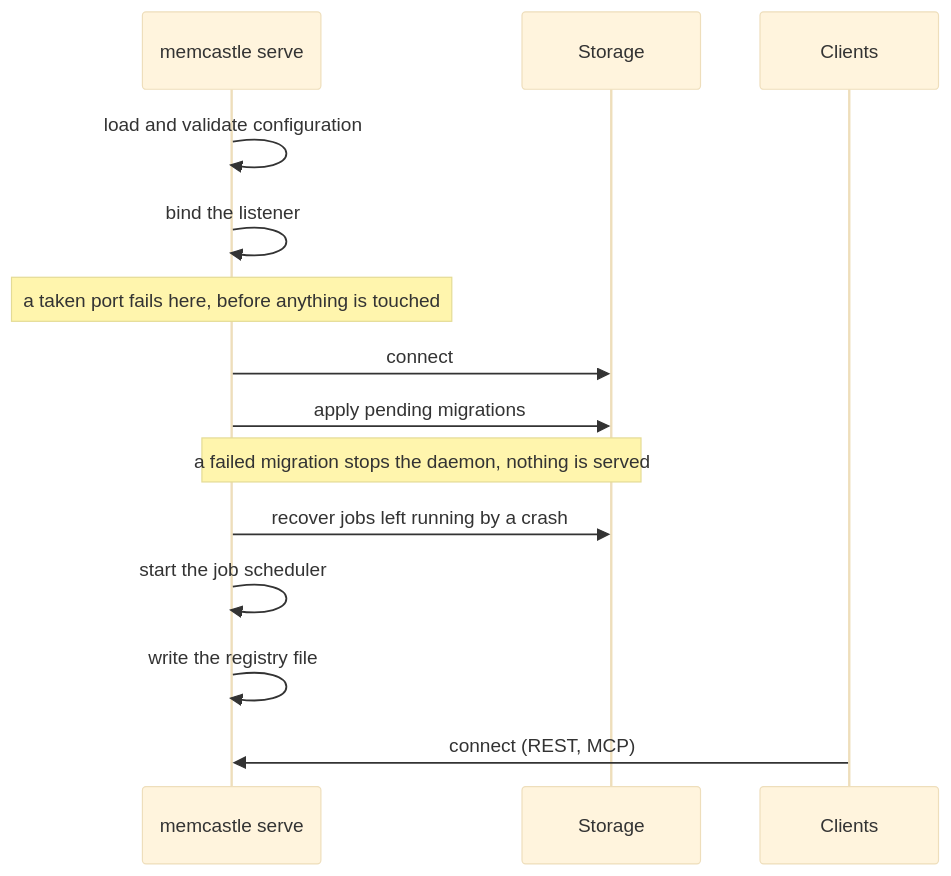
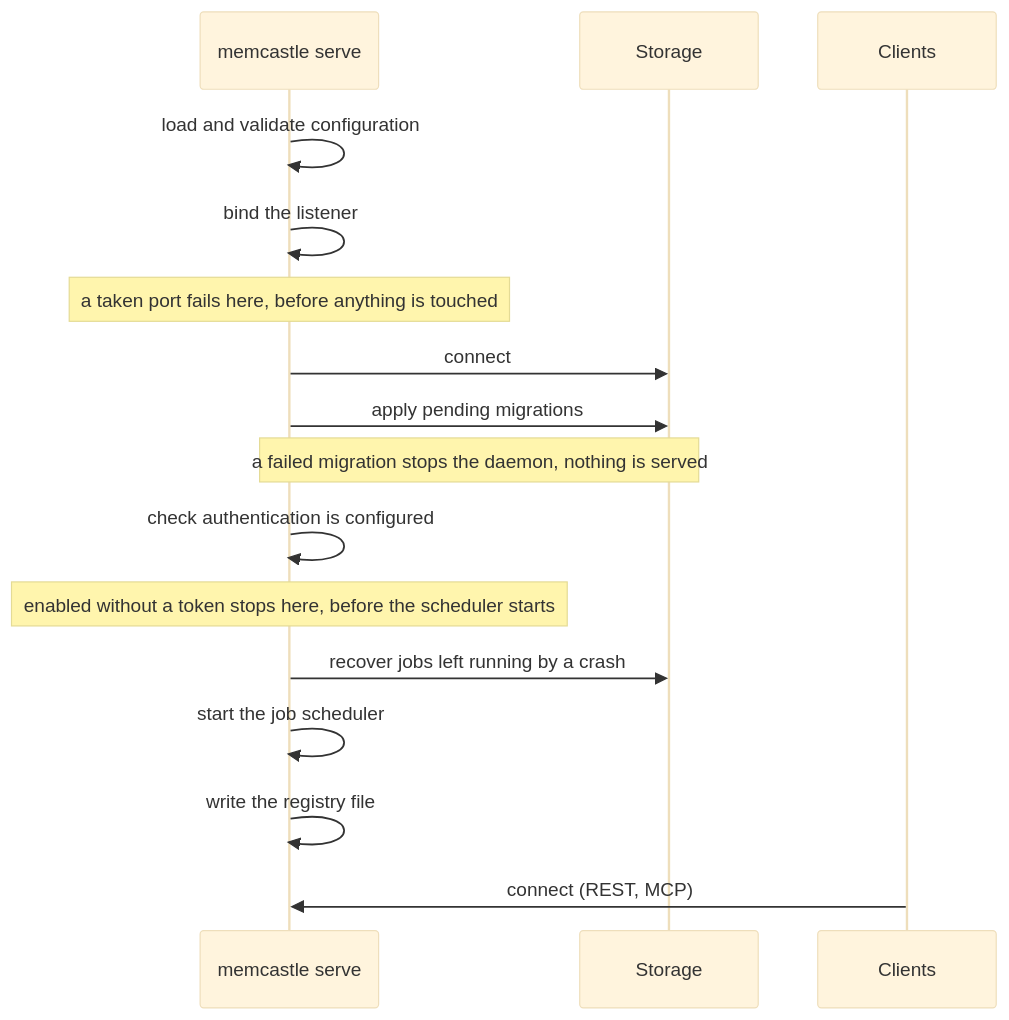
The diagram in docs/daemon.md (noirbizarre/memcastle), drawn with Mermaid (base theme) before and after one commit. The commit also changed 1 other file, not shown here.

Commit message:
docs(auth): state that auth::not_configured fires after migrations

````diff
--- a/docs/daemon.md
+++ b/docs/daemon.md
@@ -30,17 +30,19 @@
 ```mermaid
 sequenceDiagram
     participant D as memcastle serve
     participant S as Storage
     participant C as Clients
 
     D->>D: load and validate configuration
     D->>D: bind the listener
     Note over D: a taken port fails here, before anything is touched
     D->>S: connect
     D->>S: apply pending migrations
     Note over D,S: a failed migration stops the daemon, nothing is served
+    D->>D: check authentication is configured
+    Note over D: enabled without a token stops here, before the scheduler starts
     D->>S: recover jobs left running by a crash
     D->>D: start the job scheduler
     D->>D: write the registry file
     C->>D: connect (REST, MCP)
 ```
````
